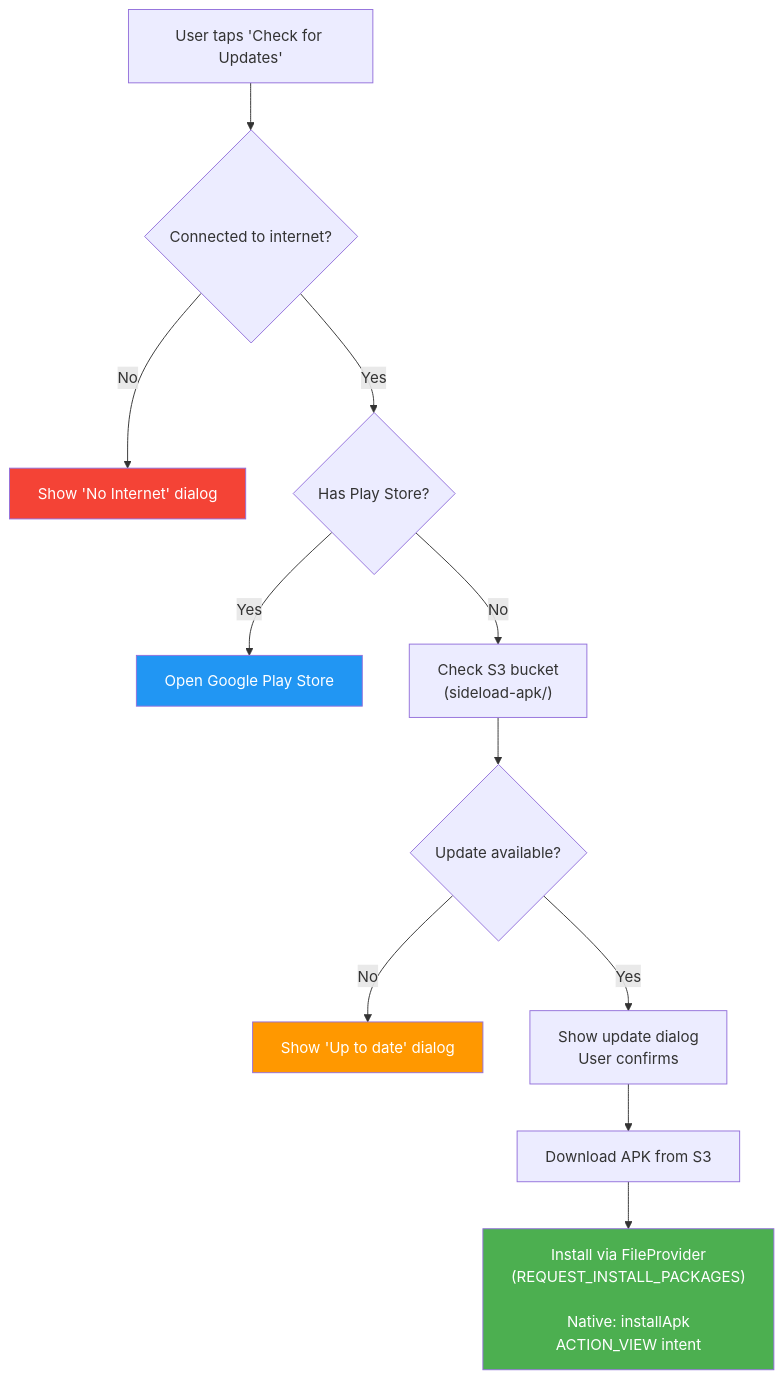
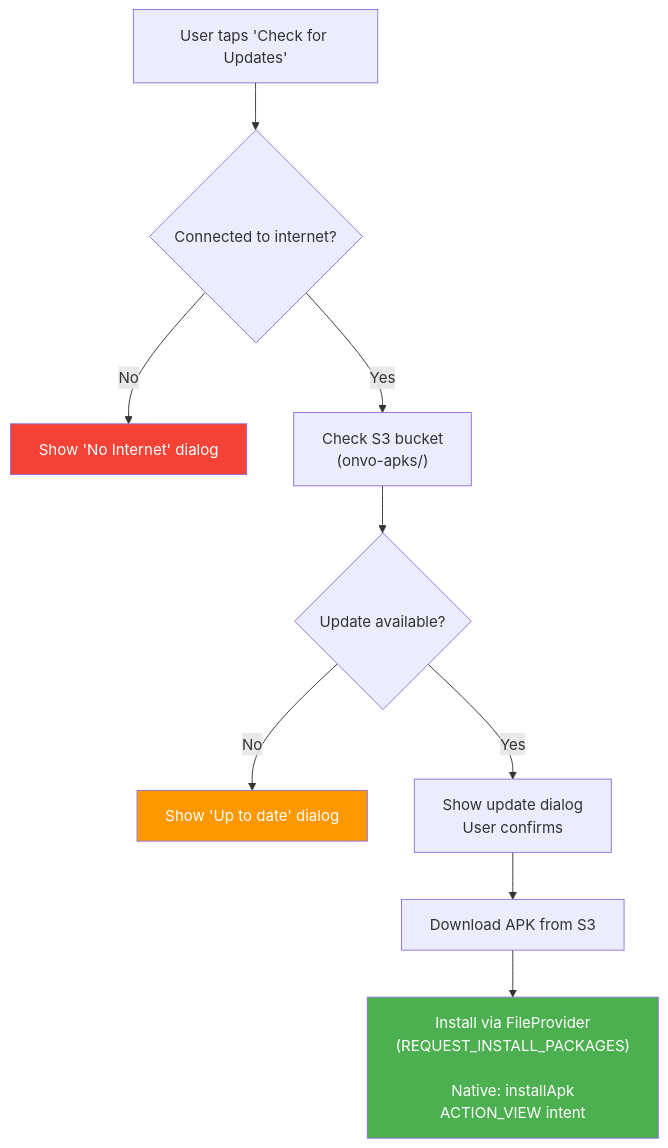
The second of 4 diagrams in docs/update-logic.md (YassinNouh21/android-tv-app), drawn with Mermaid before and after one commit. The commit also changed other lines of this file and 3 other files, not shown here.

Commit message:
keep only clean google play as artifact

````diff
--- a/docs/update-logic.md
+++ b/docs/update-logic.md
@@ -24,18 +24,15 @@
 ```mermaid
 flowchart TD
     START["User taps 'Check for Updates'"] --> INTERNET{Connected to internet?}
     INTERNET -- No --> NO_NET["Show 'No Internet' dialog"]
-    INTERNET -- Yes --> PLAYSTORE{Has Play Store?}
-    PLAYSTORE -- Yes --> OPEN_PLAY["Open Google Play Store"]
-    PLAYSTORE -- No --> CHECK_S3["Check S3 bucket<br/>(sideload-apk/)"]
+    INTERNET -- Yes --> CHECK_S3["Check S3 bucket<br/>(onvo-apks/)"]
     CHECK_S3 --> UPDATE{Update available?}
     UPDATE -- No --> UP_TO_DATE["Show 'Up to date' dialog"]
     UPDATE -- Yes --> DIALOG["Show update dialog<br/>User confirms"]
     DIALOG --> DOWNLOAD["Download APK from S3"]
     DOWNLOAD --> INSTALL["Install via FileProvider<br/>(REQUEST_INSTALL_PACKAGES)<br/><br/>Native: installApk<br/>ACTION_VIEW intent"]
 
     style INSTALL fill:#4CAF50,color:#fff
-    style OPEN_PLAY fill:#2196F3,color:#fff
     style NO_NET fill:#f44336,color:#fff
     style UP_TO_DATE fill:#FF9800,color:#fff
 ```
````
